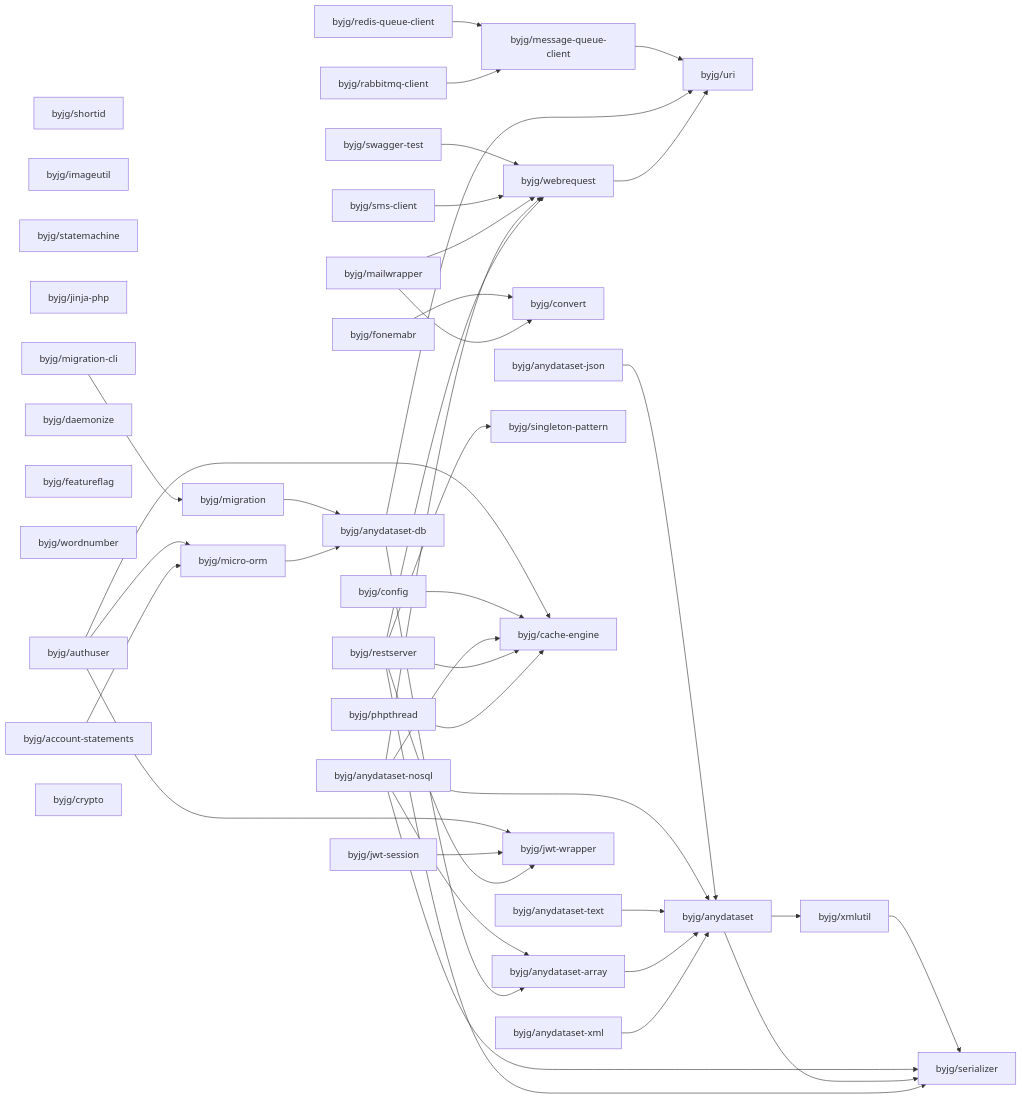
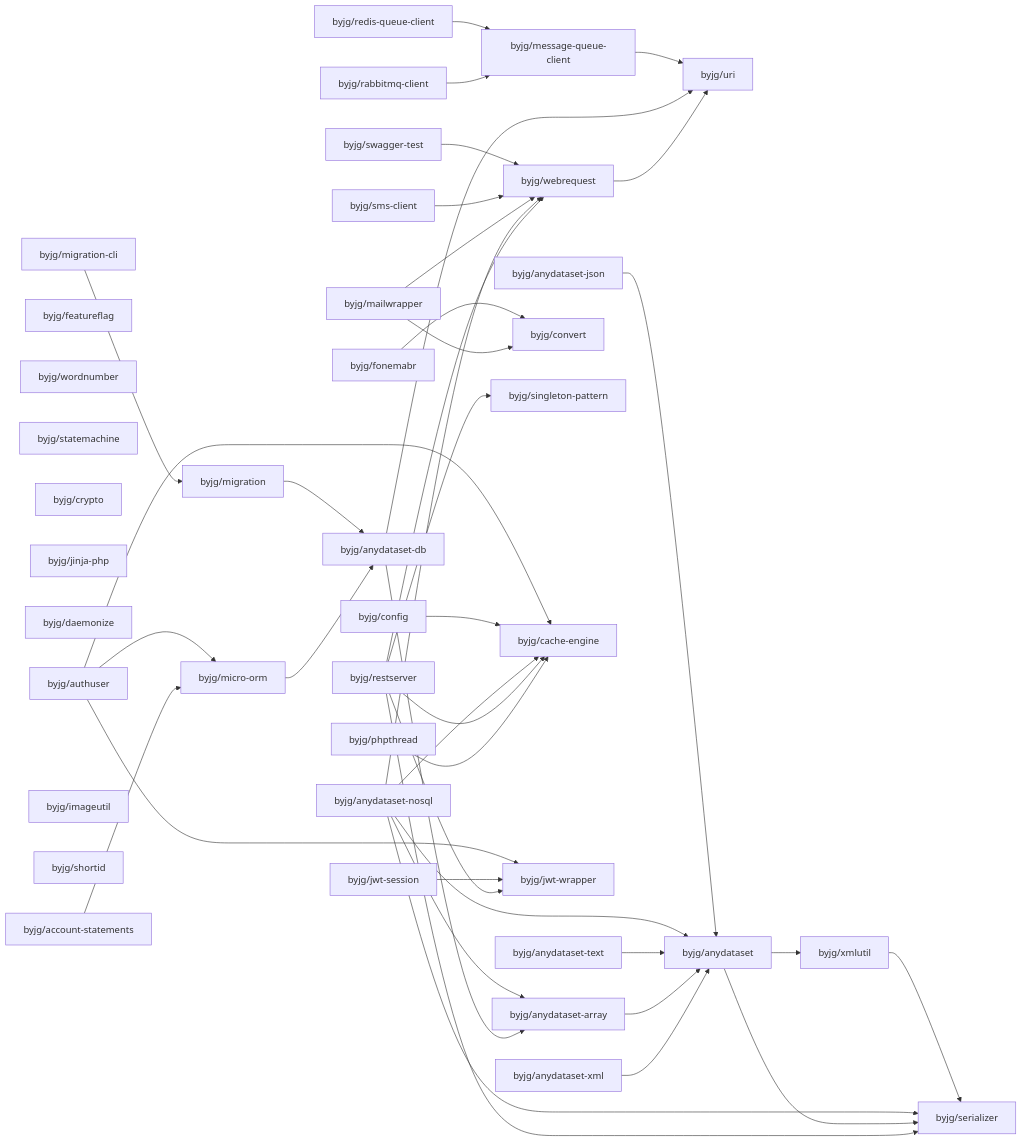
One commit to byjg/byjg.github.io changed the diagram in docs/php/README.md. Above: the diagram before and after it, drawn with Mermaid. The commit also changed other lines of this file and 1 other file, not shown here.

Commit message:
Update documentation 'php' 'php-restserver'

````diff
--- a/docs/php/README.md
+++ b/docs/php/README.md
@@ -3,80 +3,80 @@
 ```mermaid
 graph LR;
-  byjg/config;
+  byjg/authuser;
+  byjg/featureflag;
   byjg/anydataset-nosql;
+  byjg/wordnumber;
   byjg/phpthread;
-  byjg/swagger-test;
-  byjg/shortid;
-  byjg/anydataset-text;
-  byjg/imageutil;
   byjg/statemachine;
-  byjg/jinja-php;
   byjg/fonemabr;
-  byjg/sms-client;
-  byjg/migration-cli;
-  byjg/daemonize;
-  byjg/featureflag;
-  byjg/wordnumber;
-  byjg/authuser;
-  byjg/account-statements;
-  byjg/anydataset-json;
-  byjg/mailwrapper;
-  byjg/rabbitmq-client;
+  byjg/crypto;
   byjg/redis-queue-client;
   byjg/jwt-session;
+  byjg/rabbitmq-client;
+  byjg/jinja-php;
+  byjg/sms-client;
+  byjg/daemonize;
+  byjg/migration-cli;
+  byjg/imageutil;
+  byjg/anydataset-json;
+  byjg/config;
+  byjg/shortid;
+  byjg/mailwrapper;
   byjg/restserver;
+  byjg/anydataset-text;
+  byjg/swagger-test;
+  byjg/account-statements;
   byjg/anydataset-xml;
-  byjg/crypto;
+  byjg/message-queue-client;
   byjg/migration;
-  byjg/micro-orm;
   byjg/convert;
-  byjg/message-queue-client;
   byjg/singleton-pattern;
   byjg/cache-engine;
+  byjg/jwt-wrapper;
   byjg/webrequest;
-  byjg/jwt-wrapper;
+  byjg/micro-orm;
   byjg/anydataset-db;
   byjg/anydataset-array;
   byjg/uri;
   byjg/anydataset;
   byjg/xmlutil;
   byjg/serializer;
   byjg/migration --> byjg/anydataset-db;
   byjg/fonemabr --> byjg/convert;
   byjg/swagger-test --> byjg/webrequest;
   byjg/authuser --> byjg/micro-orm;
   byjg/authuser --> byjg/cache-engine;
   byjg/authuser --> byjg/jwt-wrapper;
   byjg/config --> byjg/cache-engine;
   byjg/message-queue-client --> byjg/uri;
   byjg/sms-client --> byjg/webrequest;
   byjg/xmlutil --> byjg/serializer;
   byjg/anydataset-json --> byjg/anydataset;
   byjg/mailwrapper --> byjg/convert;
   byjg/mailwrapper --> byjg/webrequest;
   byjg/anydataset-nosql --> byjg/anydataset;
   byjg/anydataset-nosql --> byjg/anydataset-array;
   byjg/anydataset-nosql --> byjg/serializer;
   byjg/anydataset-nosql --> byjg/webrequest;
   byjg/anydataset-nosql --> byjg/cache-engine;
   byjg/migration-cli --> byjg/migration;
   byjg/redis-queue-client --> byjg/message-queue-client;
   byjg/jwt-session --> byjg/jwt-wrapper;
   byjg/anydataset --> byjg/serializer;
   byjg/anydataset --> byjg/xmlutil;
   byjg/anydataset-db --> byjg/anydataset-array;
   byjg/anydataset-db --> byjg/uri;
   byjg/anydataset-text --> byjg/anydataset;
   byjg/restserver --> byjg/serializer;
   byjg/restserver --> byjg/singleton-pattern;
   byjg/restserver --> byjg/cache-engine;
   byjg/restserver --> byjg/webrequest;
   byjg/restserver --> byjg/jwt-wrapper;
   byjg/account-statements --> byjg/micro-orm;
   byjg/webrequest --> byjg/uri;
   byjg/micro-orm --> byjg/anydataset-db;
   byjg/anydataset-array --> byjg/anydataset;
   byjg/anydataset-xml --> byjg/anydataset;
   byjg/phpthread --> byjg/cache-engine;
   byjg/rabbitmq-client --> byjg/message-queue-client;
 ```
````
